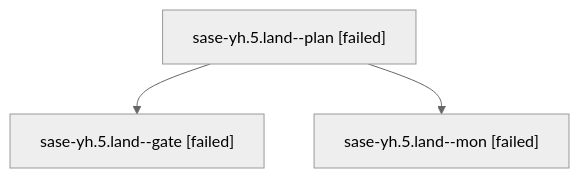
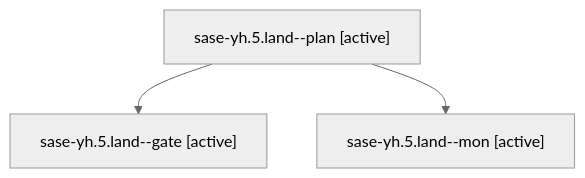
Before and after one commit to sase-org/sase--agents: the diagram in families/bbugyi200.athena.sase-yh.5.land.md, drawn with Mermaid (neutral theme). The commit also changed other lines of this file and 35830 other files, not shown here.

````diff
--- a/families/bbugyi200.athena.sase-yh.5.land.md
+++ b/families/bbugyi200.athena.sase-yh.5.land.md
@@ -9,8 +9,8 @@
 ```mermaid
 flowchart TD
-  n0["sase-yh.5.land--plan [failed]"]
-  n1["sase-yh.5.land--gate [failed]"]
+  n0["sase-yh.5.land--plan [active]"]
+  n1["sase-yh.5.land--gate [active]"]
   n0 --> n1
-  n2["sase-yh.5.land--mon [failed]"]
+  n2["sase-yh.5.land--mon [active]"]
   n0 --> n2
 ```
````
